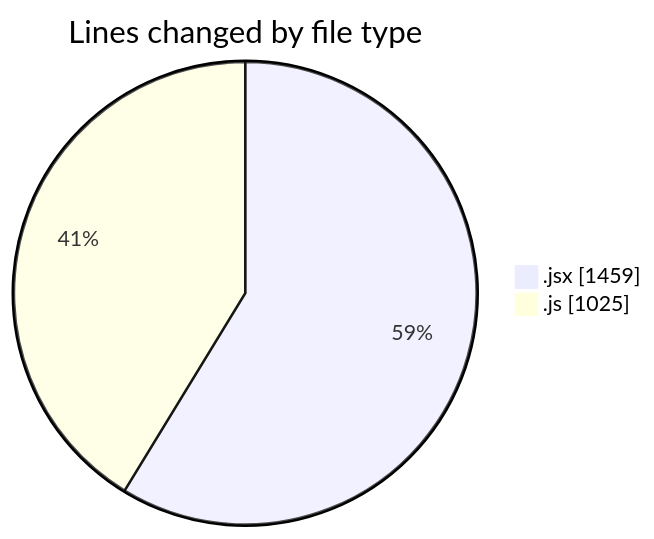
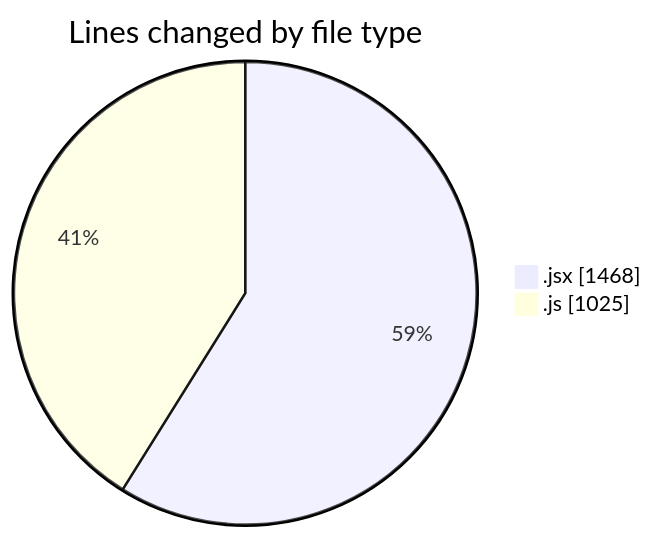
Before and after one commit to nxtqubesakshisongat/code-tracking: the first of 2 diagrams in 2025-08-04/nxtqube_webapp/README.md, drawn with Mermaid. The commit also changed other lines of this file and 1 other file, not shown here.

````diff
--- a/2025-08-04/nxtqube_webapp/README.md
+++ b/2025-08-04/nxtqube_webapp/README.md
@@ -24,6 +24,6 @@
 ```mermaid
 pie showData
 title Lines changed by file type
-".jsx" : 1459
+".jsx" : 1468
 ".js" : 1025
 ```
````
